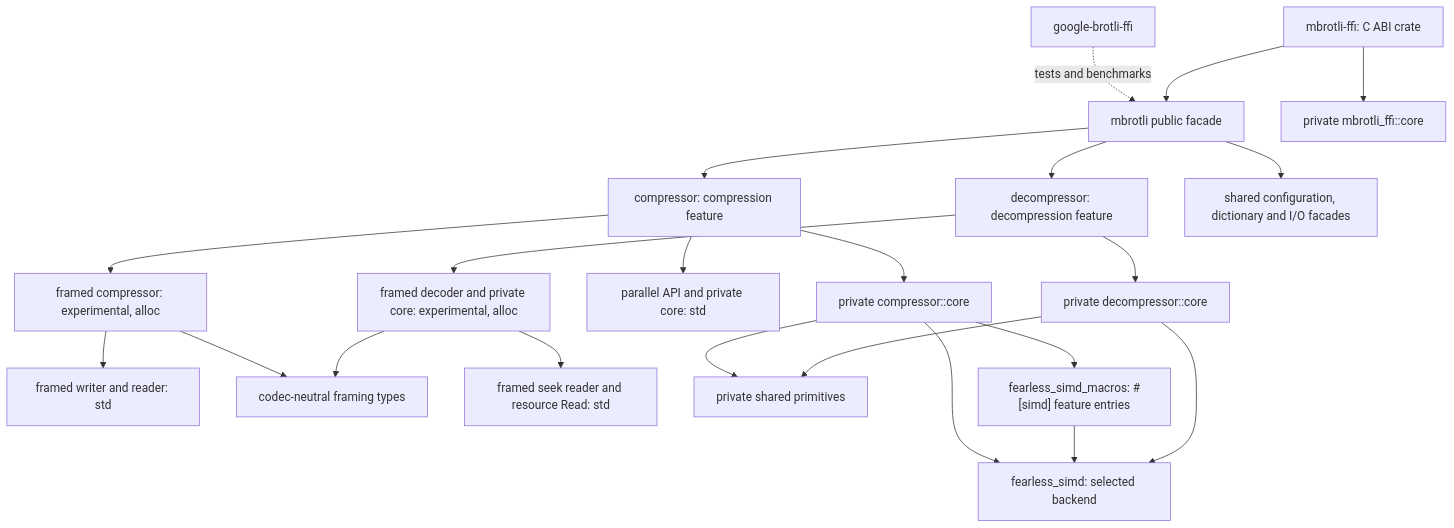
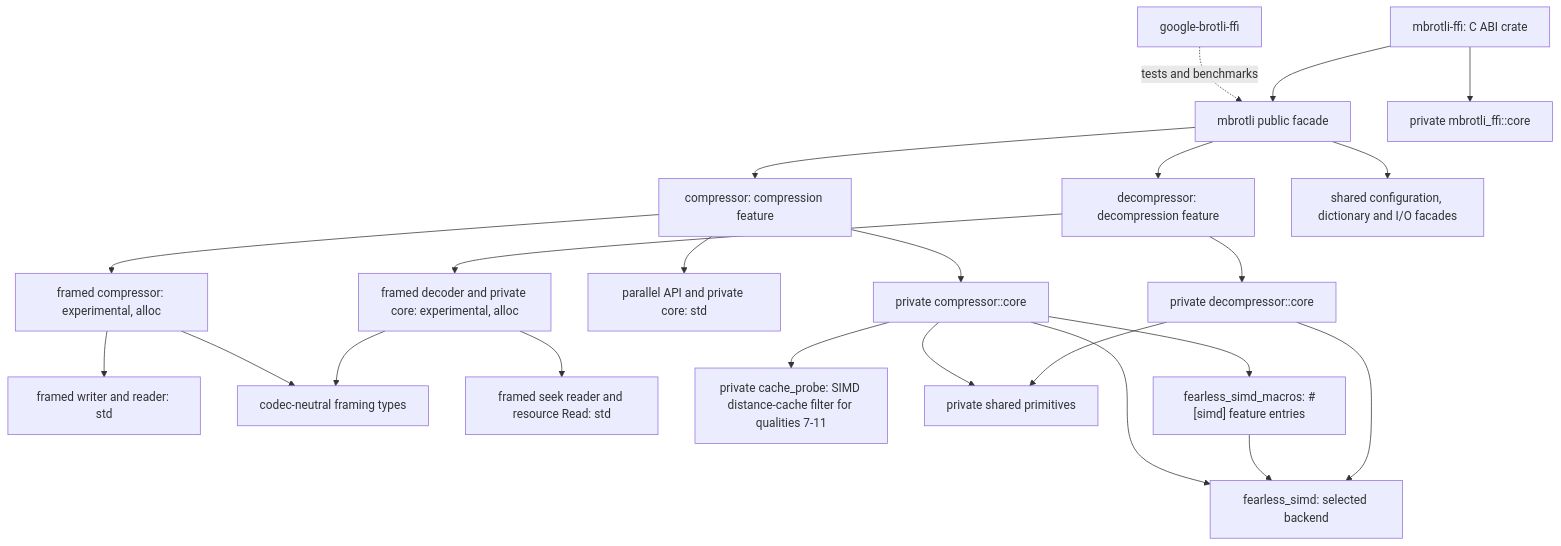
One commit to M-Compressors/mbrotli changed the diagram in architecture/README.md. Above: the diagram before and after it, drawn with Mermaid. The commit also changed other lines of this file and 174 other files, not shown here.

````diff
--- a/architecture/README.md
+++ b/architecture/README.md
@@ -9,24 +9,25 @@
 ```mermaid
 graph TD
     Root[mbrotli public facade] --> Encode[compressor: compression feature]
     Root --> Decode[decompressor: decompression feature]
     Root --> Common[shared configuration, dictionary and I/O facades]
     Encode --> ECore[private compressor::core]
     Decode --> DCore[private decompressor::core]
     Encode --> Parallel[parallel API and private core: std]
     Encode --> Framing[framed compressor: experimental, alloc]
     Framing --> FIO[framed writer and reader: std]
     Decode --> FDecode[framed decoder and private core: experimental, alloc]
     Framing --> Wire[codec-neutral framing types]
     FDecode --> Seek[framed seek reader and resource Read: std]
     FDecode --> Wire
+    ECore --> Probe[private cache_probe: SIMD distance-cache filter for qualities 7-11]
     ECore --> Shared[private shared primitives]
     DCore --> Shared
     ECore --> SIMD[fearless_simd: selected backend]
     ECore --> Macro["fearless_simd_macros: #[simd] feature entries"]
     Macro --> SIMD
     DCore --> SIMD
     C[google-brotli-ffi] -. tests and benchmarks .-> Root
     CABI[mbrotli-ffi: C ABI crate] --> Root
     CABI --> CCore[private mbrotli_ffi::core]
 ```
````
